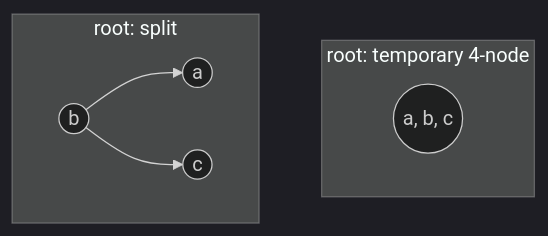
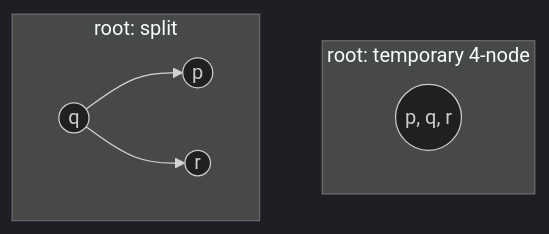
Before and after one commit to tmtxt/tmtxt.github.com: the fifth of 5 diagrams in _drafts/2018-09-24-2-3-search-trees.md, drawn with Mermaid (dark theme). The commit also changed other lines of this file, not shown here.

```diff
--- a/_drafts/2018-09-24-2-3-search-trees.md
+++ b/_drafts/2018-09-24-2-3-search-trees.md
@@ -187,10 +187,10 @@
   <div class="mermaid">
   graph TD
     subgraph RootBefore["root: temporary 4-node"]
-      ABC(("a, b, c"))
+      PQR(("p, q, r"))
     end
     subgraph RootAfter["root: split"]
-      B2((b)) --> A2((a))
-      B2 --> C2((c))
+      Q2((q)) --> P2((p))
+      Q2 --> R2((r))
     end
   </div>
```
